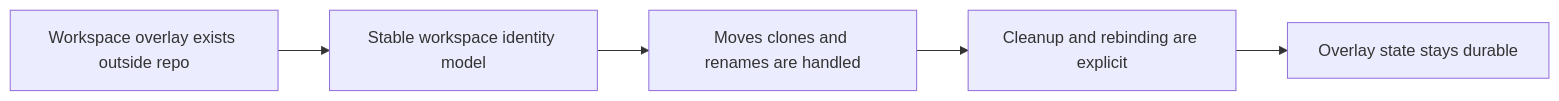
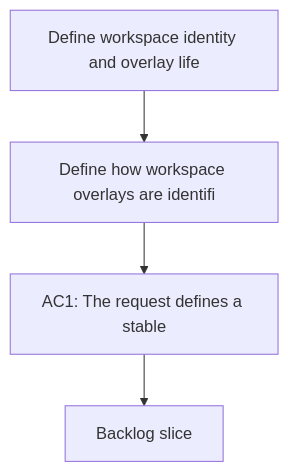
The diagram in logics/request/req_074_define_workspace_identity_and_overlay_lifecycle_for_moved_or_renamed_repositories.md (AlexAgo83/logics-manager), drawn with Mermaid before and after one commit. The commit also changed other lines of this file and 481 other files, not shown here.

````diff
--- a/logics/request/req_074_define_workspace_identity_and_overlay_lifecycle_for_moved_or_renamed_repositories.md
+++ b/logics/request/req_074_define_workspace_identity_and_overlay_lifecycle_for_moved_or_renamed_repositories.md
@@ -31,9 +31,8 @@
 ```mermaid
 %% logics-kind: request
 %% logics-signature: request|define-workspace-identity-and-overlay-li|define-how-workspace-overlays-are-identi|ac1-the-request-defines-a-stable
-flowchart LR
-    Workspace[Workspace overlay exists outside repo] --> Identity[Stable workspace identity model]
-    Identity --> Move[Moves clones and renames are handled]
-    Move --> Lifecycle[Cleanup and rebinding are explicit]
-    Lifecycle --> Outcome[Overlay state stays durable]
+flowchart TD
+    Trigger[Define workspace identity and overlay life] --> Need[Define how workspace overlays are identifi]
+    Need --> Outcome[AC1: The request defines a stable]
+    Outcome --> Backlog[Backlog slice]
 ```
````
